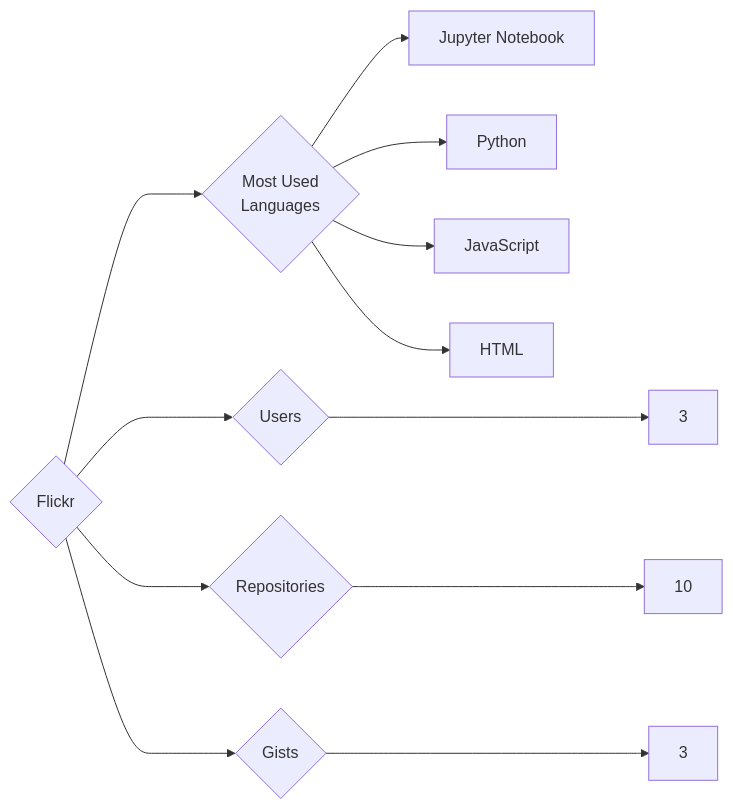
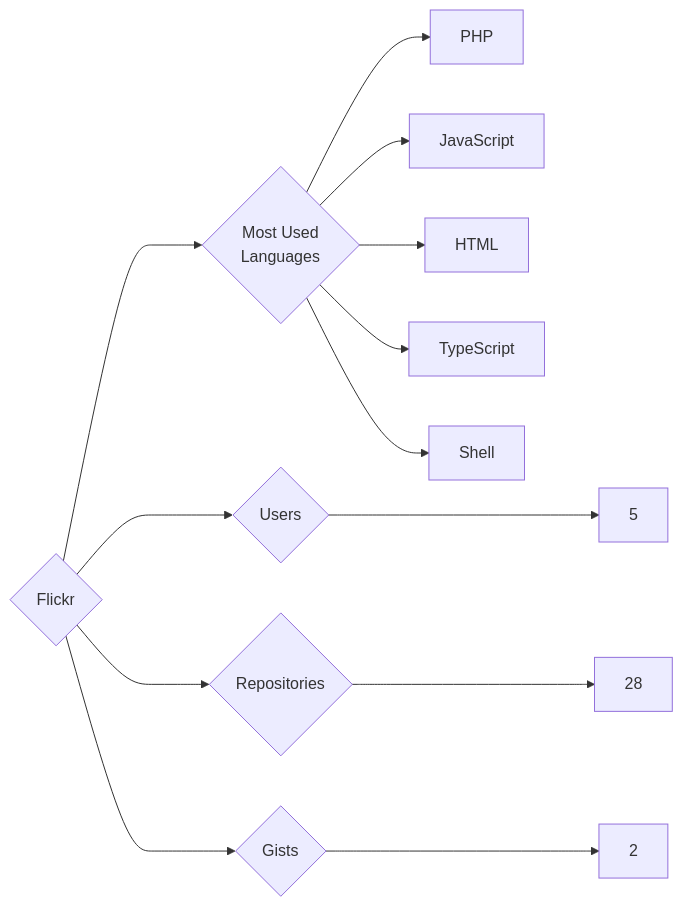
The diagram in targets/Flickr/README.md (trickest/insiders), drawn with Mermaid before and after one commit. The commit also changed 1003 other files, not shown here.

````diff
--- a/targets/Flickr/README.md
+++ b/targets/Flickr/README.md
@@ -3,12 +3,13 @@
 ```mermaid
 graph LR
 COMPANY_NAME{Flickr}
-COMPANY_NAME ---> U{Users} ---> UN[3]
-COMPANY_NAME ---> R{Repositories} ---> RN[10]
-COMPANY_NAME ---> G{Gists} ---> GN[3]
+COMPANY_NAME ---> U{Users} ---> UN[5]
+COMPANY_NAME ---> R{Repositories} ---> RN[28]
+COMPANY_NAME ---> G{Gists} ---> GN[2]
 COMPANY_NAME ---> ML{Most Used<br>Languages}
-ML --> Jupyter_Notebook[Jupyter Notebook]
-ML --> Python[Python]
+ML --> PHP[PHP]
 ML --> JavaScript[JavaScript]
 ML --> HTML[HTML]
+ML --> TypeScript[TypeScript]
+ML --> Shell[Shell]
 ```
````
